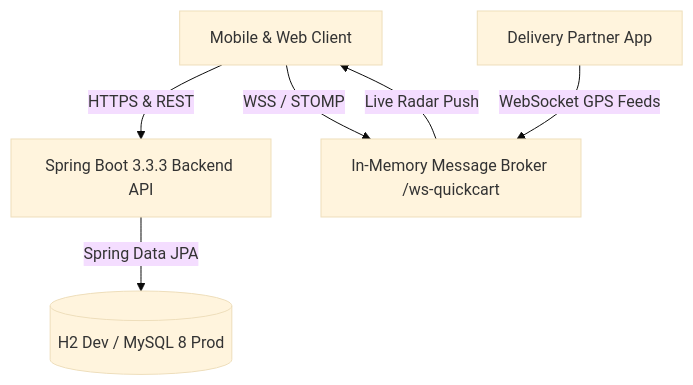
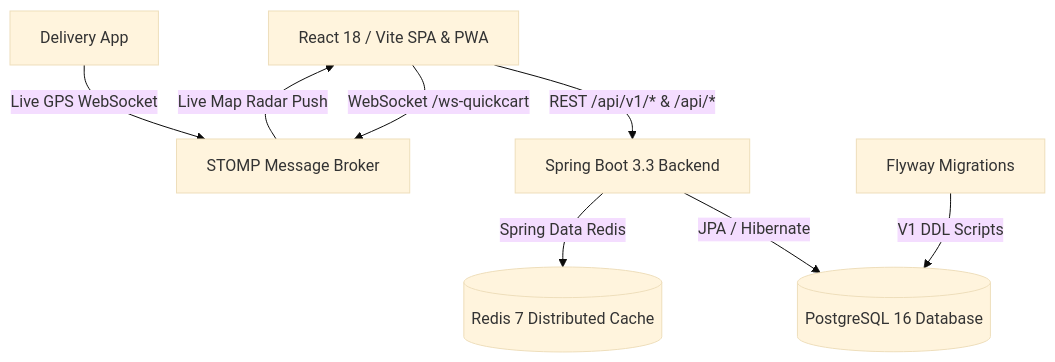
The diagram in README.md (riya292100/new), drawn with Mermaid (base theme) before and after one commit. The commit also changed other lines of this file and 99 other files, not shown here.

Commit message:
feat(backend): upgrade to production architecture with PostgreSQL, Redis, Flyway, inventory concurrency, and refresh tokens

````diff
--- a/README.md
+++ b/README.md
@@ -52,8 +57,10 @@
 ```mermaid
 graph TD
-  User[Mobile & Web Client] -->|HTTPS & REST| SpringBoot[Spring Boot 3.3.3 Backend API]
-  User -->|WSS / STOMP| STOMPBroker[In-Memory Message Broker /ws-quickcart]
-  SpringBoot -->|Spring Data JPA| Database[(H2 Dev / MySQL 8 Prod)]
-  Driver[Delivery Partner App] -->|WebSocket GPS Feeds| STOMPBroker
-  STOMPBroker -->|Live Radar Push| User
+  Client[React 18 / Vite SPA & PWA] -->|REST /api/v1/* & /api/*| Gateway[Spring Boot 3.3 Backend]
+  Client -->|WebSocket /ws-quickcart| WSBroker[STOMP Message Broker]
+  Gateway -->|JPA / Hibernate| Postgres[(PostgreSQL 16 Database)]
+  Gateway -->|Spring Data Redis| Redis[(Redis 7 Distributed Cache)]
+  Flyway[Flyway Migrations] -->|V1 DDL Scripts| Postgres
+  Driver[Delivery App] -->|Live GPS WebSocket| WSBroker
+  WSBroker -->|Live Map Radar Push| Client
 ```
````
